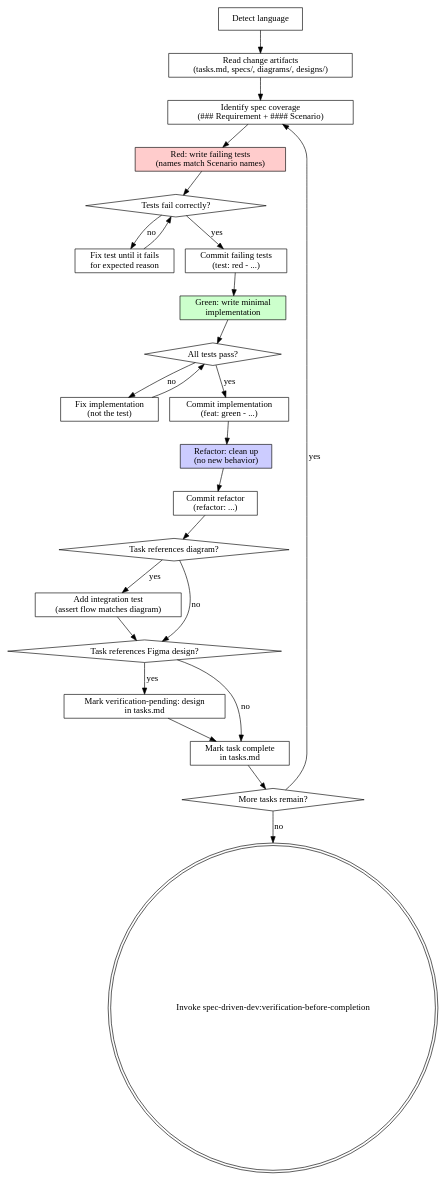
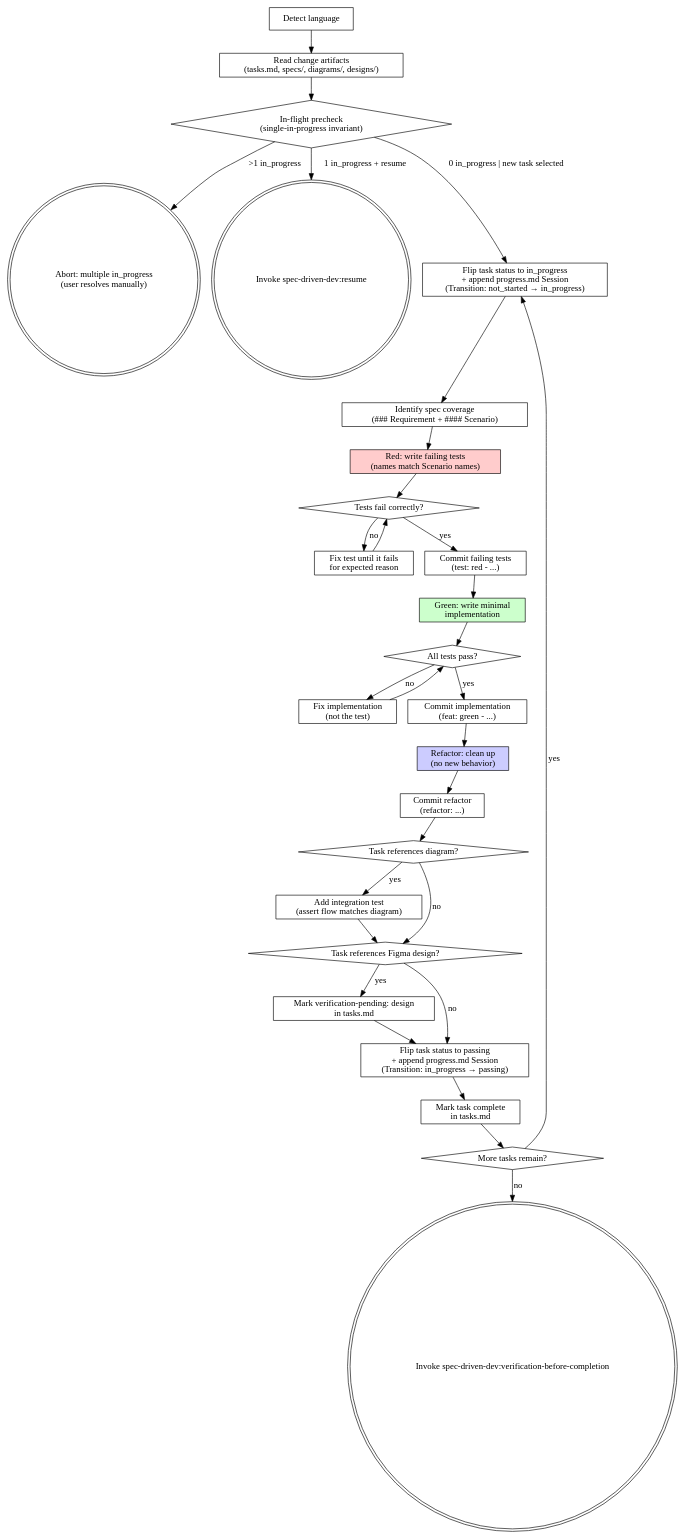
The diagram in plugins/spec-driven-dev/skills/test-driven-development/SKILL.md (BIBIOTA/yuki-marketplace), drawn with Graphviz before and after one commit. The commit also changed other lines of this file and 13 other files, not shown here.

Commit message:
feat: add cross-session resume harness

````diff
--- a/plugins/spec-driven-dev/skills/test-driven-development/SKILL.md
+++ b/plugins/spec-driven-dev/skills/test-driven-development/SKILL.md
@@ -47,51 +57,61 @@
 ```dot
 digraph test_driven_development {
     rankdir=TB;
 
     "Detect language" [shape=box];
     "Read change artifacts\n(tasks.md, specs/, diagrams/, designs/)" [shape=box];
+    "In-flight precheck\n(single-in-progress invariant)" [shape=diamond];
+    "Abort: multiple in_progress\n(user resolves manually)" [shape=doublecircle];
+    "Invoke spec-driven-dev:resume" [shape=doublecircle];
+    "Flip task status to in_progress\n+ append progress.md Session\n(Transition: not_started → in_progress)" [shape=box];
     "Identify spec coverage\n(### Requirement + #### Scenario)" [shape=box];
     "Red: write failing tests\n(names match Scenario names)" [shape=box, style=filled, fillcolor="#ffcccc"];
     "Tests fail correctly?" [shape=diamond];
     "Fix test until it fails\nfor expected reason" [shape=box];
     "Commit failing tests\n(test: red - ...)" [shape=box];
     "Green: write minimal\nimplementation" [shape=box, style=filled, fillcolor="#ccffcc"];
     "All tests pass?" [shape=diamond];
     "Fix implementation\n(not the test)" [shape=box];
     "Commit implementation\n(feat: green - ...)" [shape=box];
     "Refactor: clean up\n(no new behavior)" [shape=box, style=filled, fillcolor="#ccccff"];
     "Commit refactor\n(refactor: ...)" [shape=box];
     "Task references diagram?" [shape=diamond];
     "Add integration test\n(assert flow matches diagram)" [shape=box];
     "Task references Figma design?" [shape=diamond];
     "Mark verification-pending: design\nin tasks.md" [shape=box];
+    "Flip task status to passing\n+ append progress.md Session\n(Transition: in_progress → passing)" [shape=box];
     "Mark task complete\nin tasks.md" [shape=box];
     "More tasks remain?" [shape=diamond];
     "Invoke spec-driven-dev:verification-before-completion" [shape=doublecircle];
 
     "Detect language" -> "Read change artifacts\n(tasks.md, specs/, diagrams/, designs/)";
-    "Read change artifacts\n(tasks.md, specs/, diagrams/, designs/)" -> "Identify spec coverage\n(### Requirement + #### Scenario)";
+    "Read change artifacts\n(tasks.md, specs/, diagrams/, designs/)" -> "In-flight precheck\n(single-in-progress invariant)";
+    "In-flight precheck\n(single-in-progress invariant)" -> "Abort: multiple in_progress\n(user resolves manually)" [label=">1 in_progress"];
+    "In-flight precheck\n(single-in-progress invariant)" -> "Invoke spec-driven-dev:resume" [label="1 in_progress + resume"];
+    "In-flight precheck\n(single-in-progress invariant)" -> "Flip task status to in_progress\n+ append progress.md Session\n(Transition: not_started → in_progress)" [label="0 in_progress | new task selected"];
+    "Flip task status to in_progress\n+ append progress.md Session\n(Transition: not_started → in_progress)" -> "Identify spec coverage\n(### Requirement + #### Scenario)";
     "Identify spec coverage\n(### Requirement + #### Scenario)" -> "Red: write failing tests\n(names match Scenario names)";
     "Red: write failing tests\n(names match Scenario names)" -> "Tests fail correctly?";
     "Tests fail correctly?" -> "Fix test until it fails\nfor expected reason" [label="no"];
     "Fix test until it fails\nfor expected reason" -> "Tests fail correctly?";
     "Tests fail correctly?" -> "Commit failing tests\n(test: red - ...)" [label="yes"];
     "Commit failing tests\n(test: red - ...)" -> "Green: write minimal\nimplementation";
     "Green: write minimal\nimplementation" -> "All tests pass?";
     "All tests pass?" -> "Fix implementation\n(not the test)" [label="no"];
     "Fix implementation\n(not the test)" -> "All tests pass?";
     "All tests pass?" -> "Commit implementation\n(feat: green - ...)" [label="yes"];
     "Commit implementation\n(feat: green - ...)" -> "Refactor: clean up\n(no new behavior)";
     "Refactor: clean up\n(no new behavior)" -> "Commit refactor\n(refactor: ...)";
     "Commit refactor\n(refactor: ...)" -> "Task references diagram?";
     "Task references diagram?" -> "Add integration test\n(assert flow matches diagram)" [label="yes"];
     "Add integration test\n(assert flow matches diagram)" -> "Task references Figma design?";
     "Task references diagram?" -> "Task references Figma design?" [label="no"];
     "Task references Figma design?" -> "Mark verification-pending: design\nin tasks.md" [label="yes"];
-    "Mark verification-pending: design\nin tasks.md" -> "Mark task complete\nin tasks.md";
-    "Task references Figma design?" -> "Mark task complete\nin tasks.md" [label="no"];
+    "Mark verification-pending: design\nin tasks.md" -> "Flip task status to passing\n+ append progress.md Session\n(Transition: in_progress → passing)";
+    "Task references Figma design?" -> "Flip task status to passing\n+ append progress.md Session\n(Transition: in_progress → passing)" [label="no"];
+    "Flip task status to passing\n+ append progress.md Session\n(Transition: in_progress → passing)" -> "Mark task complete\nin tasks.md";
     "Mark task complete\nin tasks.md" -> "More tasks remain?";
-    "More tasks remain?" -> "Identify spec coverage\n(### Requirement + #### Scenario)" [label="yes"];
+    "More tasks remain?" -> "Flip task status to in_progress\n+ append progress.md Session\n(Transition: not_started → in_progress)" [label="yes"];
     "More tasks remain?" -> "Invoke spec-driven-dev:verification-before-completion" [label="no"];
 }
 ```
````
